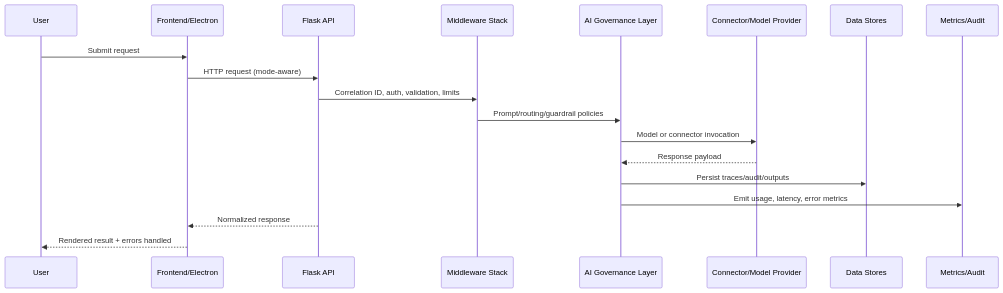
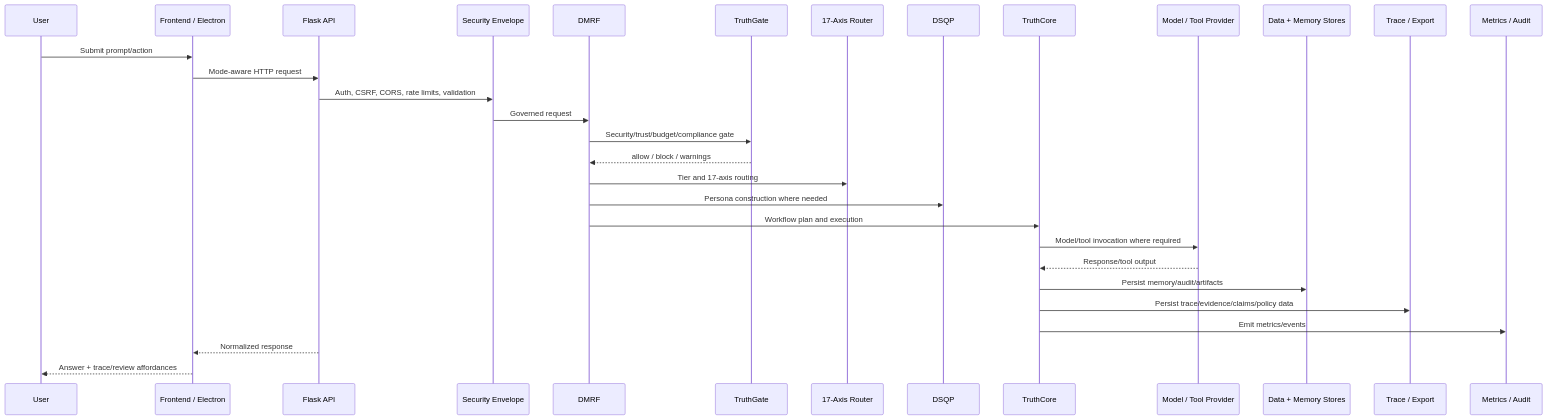
One commit to kherrera6219/DataLogicEngine changed the third of 3 diagrams in docs/ARCHITECTURE_MAP.md. Above: the diagram before and after it, drawn with Mermaid. The commit also changed other lines of this file, not shown here.

Commit message:
docs: refresh architecture map for current system

````diff
--- a/docs/ARCHITECTURE_MAP.md
+++ b/docs/ARCHITECTURE_MAP.md
@@ -80,22 +124,33 @@
 ```mermaid
 sequenceDiagram
     participant U as User
-    participant FE as Frontend/Electron
+    participant FE as Frontend / Electron
     participant API as Flask API
-    participant MW as Middleware Stack
-    participant GOV as AI Governance Layer
-    participant EXT as Connector/Model Provider
-    participant DB as Data Stores
-    participant OBS as Metrics/Audit
+    participant SEC as Security Envelope
+    participant DMRF as DMRF
+    participant TG as TruthGate
+    participant AX as 17-Axis Router
+    participant DSQP as DSQP
+    participant TC as TruthCore
+    participant EXT as Model / Tool Provider
+    participant MEM as Data + Memory Stores
+    participant TRACE as Trace / Export
+    participant OBS as Metrics / Audit
 
-    U->>FE: Submit request
-    FE->>API: HTTP request (mode-aware)
-    API->>MW: Correlation ID, auth, validation, limits
-    MW->>GOV: Prompt/routing/guardrail policies
-    GOV->>EXT: Model or connector invocation
-    EXT-->>GOV: Response payload
-    GOV->>DB: Persist traces/audit/outputs
-    GOV->>OBS: Emit usage, latency, error metrics
+    U->>FE: Submit prompt/action
+    FE->>API: Mode-aware HTTP request
+    API->>SEC: Auth, CSRF, CORS, rate limits, validation
+    SEC->>DMRF: Governed request
+    DMRF->>TG: Security/trust/budget/compliance gate
+    TG-->>DMRF: allow / block / warnings
+    DMRF->>AX: Tier and 17-axis routing
+    DMRF->>DSQP: Persona construction where needed
+    DMRF->>TC: Workflow plan and execution
+    TC->>EXT: Model/tool invocation where required
+    EXT-->>TC: Response/tool output
+    TC->>MEM: Persist memory/audit/artifacts
+    TC->>TRACE: Persist trace/evidence/claims/policy data
+    TC->>OBS: Emit metrics/events
     API-->>FE: Normalized response
-    FE-->>U: Rendered result + errors handled
+    FE-->>U: Answer + trace/review affordances
 ```
````
